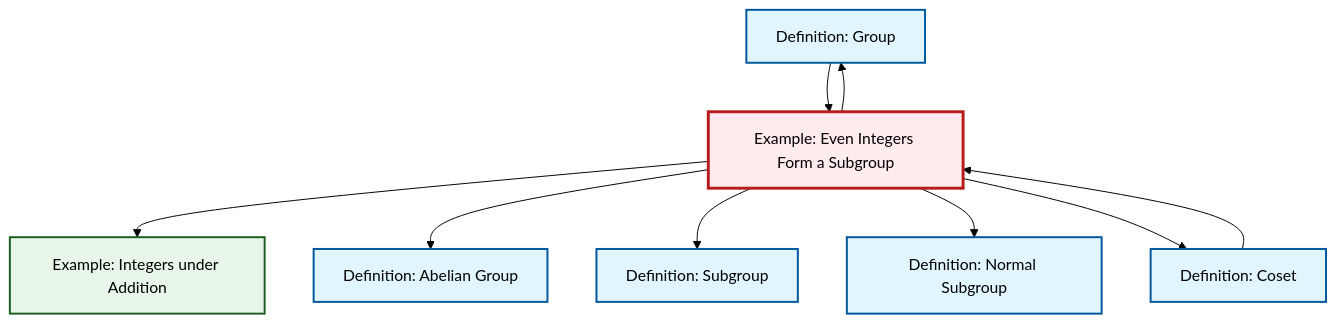
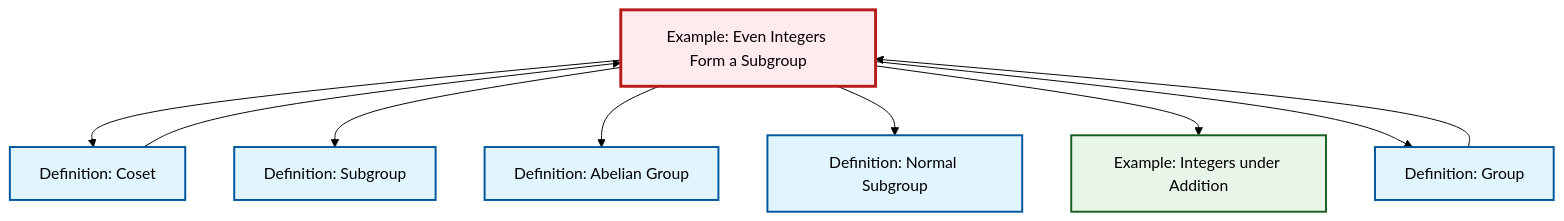
The diagram in content/en/algebra/ex-even-integers-subgroup.qmd (RK0429/ModernMath), drawn with Mermaid (forest theme) before and after one commit. The commit also changed other lines of this file and 554 other files, not shown here.

````diff
--- a/content/en/algebra/ex-even-integers-subgroup.qmd
+++ b/content/en/algebra/ex-even-integers-subgroup.qmd
@@ -51,31 +51,31 @@
 ```{mermaid}
 %%| fig-cap: "Local dependency graph"
 graph TD
     classDef definition fill:#e1f5fe,stroke:#01579b,stroke-width:2px
     classDef theorem fill:#f3e5f5,stroke:#4a148c,stroke-width:2px
     classDef axiom fill:#fff3e0,stroke:#e65100,stroke-width:2px
     classDef example fill:#e8f5e9,stroke:#1b5e20,stroke-width:2px
     classDef current fill:#ffebee,stroke:#b71c1c,stroke-width:3px
+    ex-even-integers-subgroup["Example: Even Integers Form a Subgroup"]:::example
     def-abelian-group["Definition: Abelian Group"]:::definition
+    def-subgroup["Definition: Subgroup"]:::definition
+    ex-integers-addition["Example: Integers under Addition"]:::example
+    def-group["Definition: Group"]:::definition
     def-normal-subgroup["Definition: Normal Subgroup"]:::definition
-    def-group["Definition: Group"]:::definition
-    def-subgroup["Definition: Subgroup"]:::definition
-    ex-even-integers-subgroup["Example: Even Integers Form a Subgroup"]:::example
-    ex-integers-addition["Example: Integers under Addition"]:::example
     def-coset["Definition: Coset"]:::definition
+    ex-even-integers-subgroup --> def-coset
+    def-coset --> ex-even-integers-subgroup
+    ex-even-integers-subgroup --> def-subgroup
+    def-group --> ex-even-integers-subgroup
+    ex-even-integers-subgroup --> def-abelian-group
+    ex-even-integers-subgroup --> def-normal-subgroup
     ex-even-integers-subgroup --> ex-integers-addition
-    def-coset --> ex-even-integers-subgroup
-    ex-even-integers-subgroup --> def-abelian-group
-    ex-even-integers-subgroup --> def-subgroup
-    ex-even-integers-subgroup --> def-normal-subgroup
     ex-even-integers-subgroup --> def-group
-    ex-even-integers-subgroup --> def-coset
-    def-group --> ex-even-integers-subgroup
     class ex-even-integers-subgroup current
     click def-abelian-group "def-abelian-group.html" "Go to Abelian Group definition"
-    click def-normal-subgroup "def-normal-subgroup.html" "Go to Normal Subgroup definition"
-    click def-group "def-group.html" "Go to Group definition"
     click def-subgroup "def-subgroup.html" "Go to Subgroup definition"
     click ex-integers-addition "ex-integers-addition.html" "Go to Integers under Addition example"
+    click def-group "def-group.html" "Go to Group definition"
+    click def-normal-subgroup "def-normal-subgroup.html" "Go to Normal Subgroup definition"
     click def-coset "def-coset.html" "Go to Coset definition"
 ```
````
